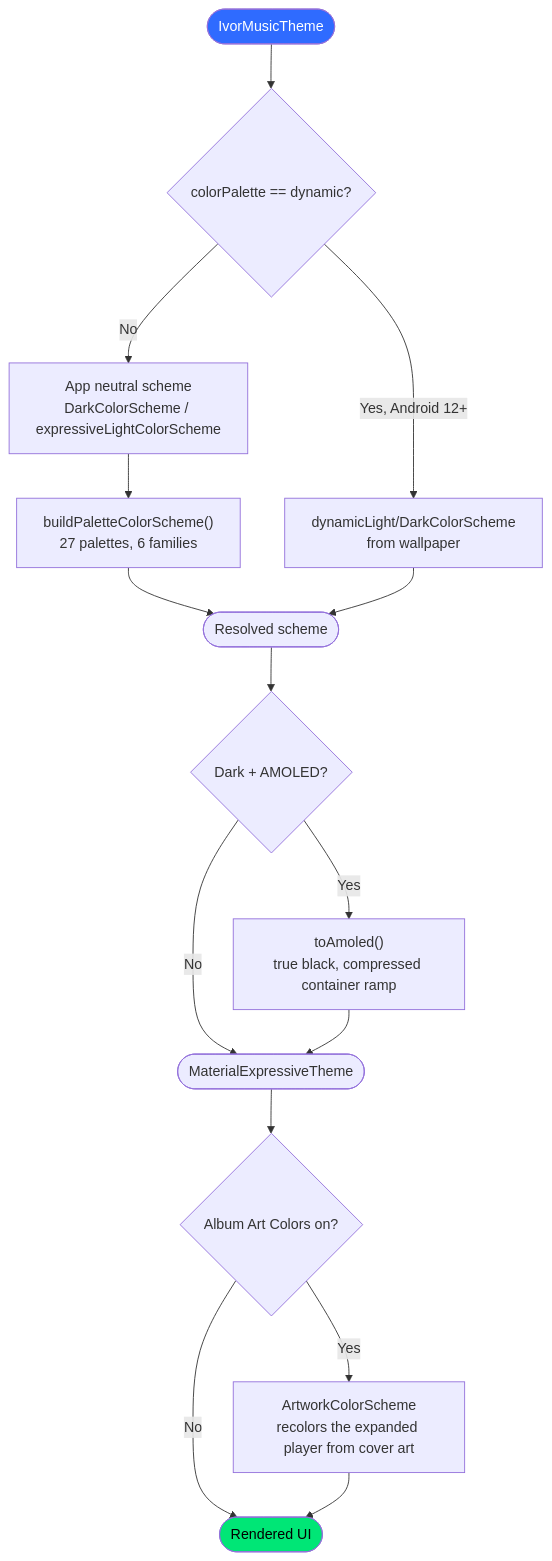
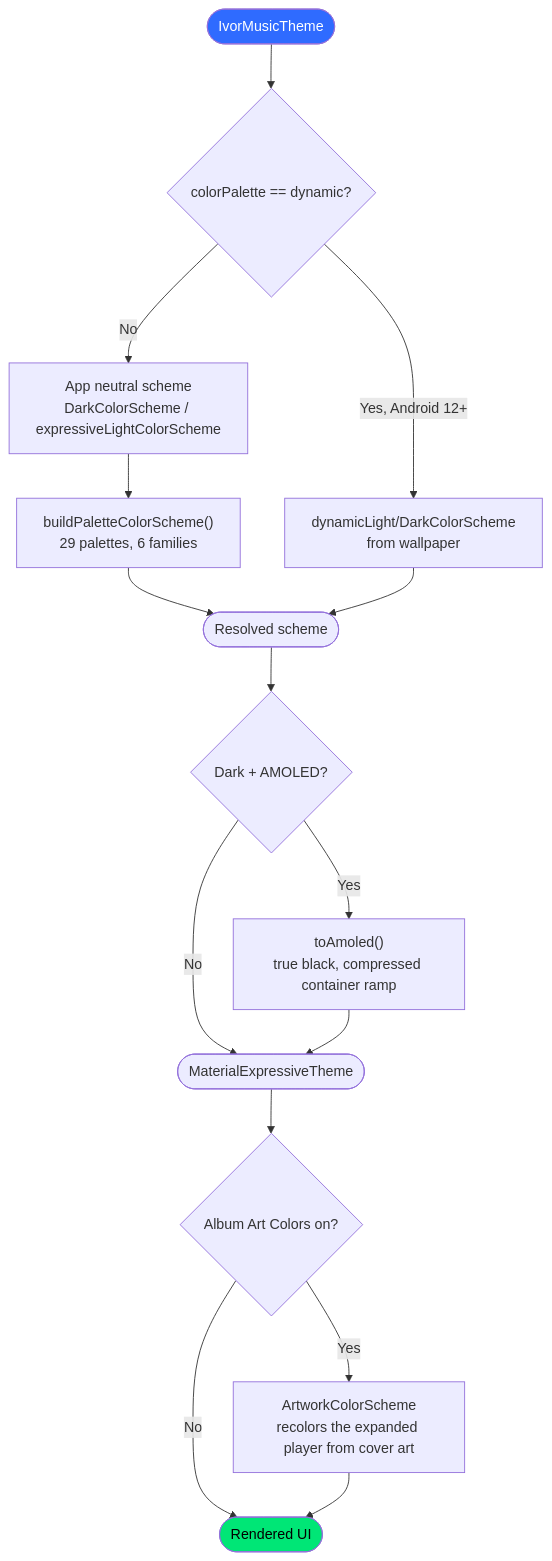
The third of 3 diagrams in DESIGN.md (Ivorisnoob/Koda), drawn with Mermaid before and after one commit. The commit also changed other lines of this file and 5 other files, not shown here.

````diff
--- a/DESIGN.md
+++ b/DESIGN.md
@@ -149,24 +149,24 @@
 ```mermaid
 flowchart TD
     Start([IvorMusicTheme]) --> Q{colorPalette == dynamic?}
 
     Q -->|Yes, Android 12+| Dyn["dynamicLight/DarkColorScheme<br/>from wallpaper"]
     Q -->|No| Neutral["App neutral scheme<br/>DarkColorScheme / expressiveLightColorScheme"]
 
-    Neutral --> Pal["buildPaletteColorScheme()<br/>27 palettes, 6 families"]
+    Neutral --> Pal["buildPaletteColorScheme()<br/>29 palettes, 6 families"]
     Pal --> Merge
     Dyn --> Merge([Resolved scheme])
 
     Merge --> Amoled{Dark + AMOLED?}
     Amoled -->|Yes| Black["toAmoled()<br/>true black, compressed container ramp"]
     Amoled -->|No| Out
     Black --> Out([MaterialExpressiveTheme])
 
     Out --> Art{Album Art Colors on?}
     Art -->|Yes| ArtScheme["ArtworkColorScheme<br/>recolors the expanded player from cover art"]
     Art -->|No| Done([Rendered UI])
     ArtScheme --> Done
 
     style Start fill:#2F6BFF,color:#fff
     style Done fill:#00E676,color:#000
 ```
````
